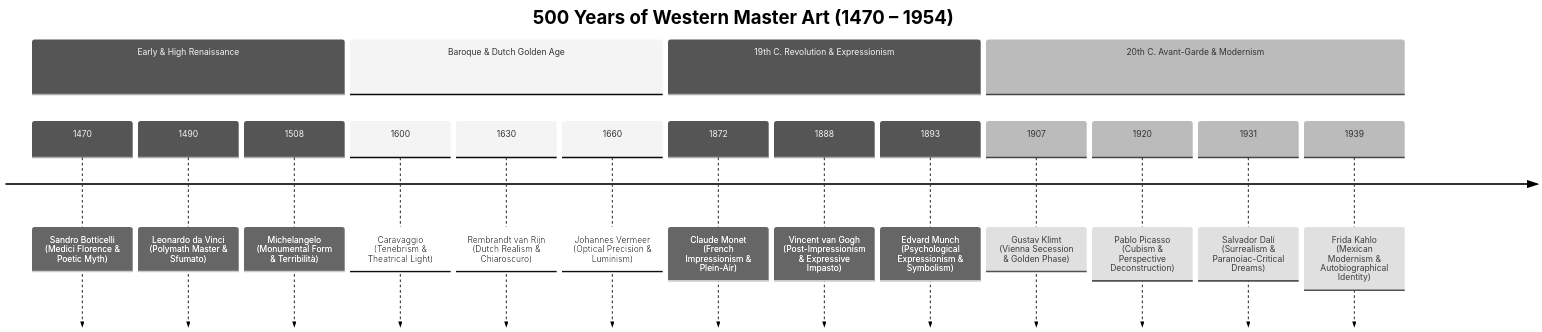
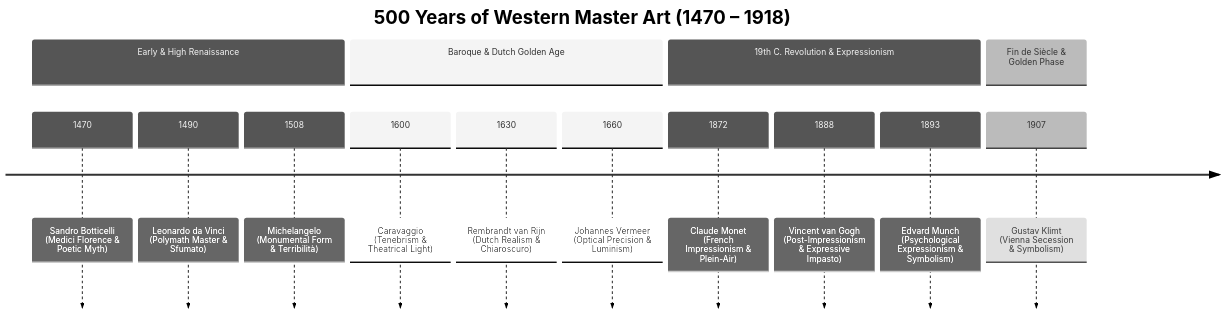
Before and after one commit to lgtkgtv/pantheon-art: the first of 2 diagrams in docs/SOFTWARE_SPEC.md, drawn with Mermaid (neutral theme). The commit also changed other lines of this file and 16 other files, not shown here.

````diff
--- a/docs/SOFTWARE_SPEC.md
+++ b/docs/SOFTWARE_SPEC.md
@@ -43,21 +43,18 @@
 ```mermaid
 timeline
-    title 500 Years of Western Master Art (1470 – 1954)
+    title 500 Years of Western Master Art (1470 – 1918)
     section Early & High Renaissance
         1470 : Sandro Botticelli (Medici Florence & Poetic Myth)
         1490 : Leonardo da Vinci (Polymath Master & Sfumato)
         1508 : Michelangelo (Monumental Form & Terribilità)
     section Baroque & Dutch Golden Age
         1600 : Caravaggio (Tenebrism & Theatrical Light)
         1630 : Rembrandt van Rijn (Dutch Realism & Chiaroscuro)
         1660 : Johannes Vermeer (Optical Precision & Luminism)
     section 19th C. Revolution & Expressionism
         1872 : Claude Monet (French Impressionism & Plein-Air)
         1888 : Vincent van Gogh (Post-Impressionism & Expressive Impasto)
         1893 : Edvard Munch (Psychological Expressionism & Symbolism)
-    section 20th C. Avant-Garde & Modernism
-        1907 : Gustav Klimt (Vienna Secession & Golden Phase)
-        1920 : Pablo Picasso (Cubism & Perspective Deconstruction)
-        1931 : Salvador Dalí (Surrealism & Paranoiac-Critical Dreams)
-        1939 : Frida Kahlo (Mexican Modernism & Autobiographical Identity)
+    section Fin de Siècle & Golden Phase
+        1907 : Gustav Klimt (Vienna Secession & Symbolism)
 ```
````
